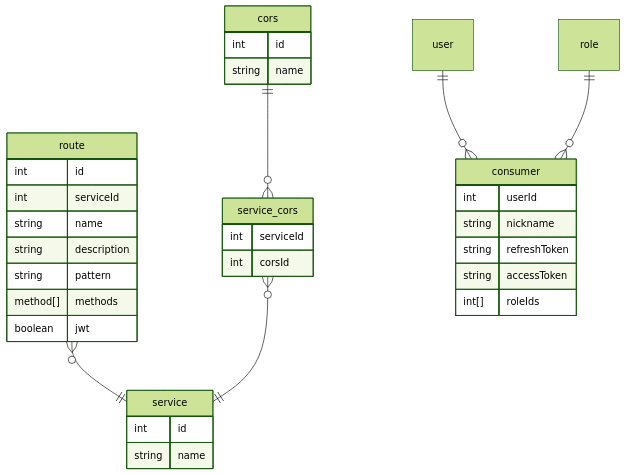
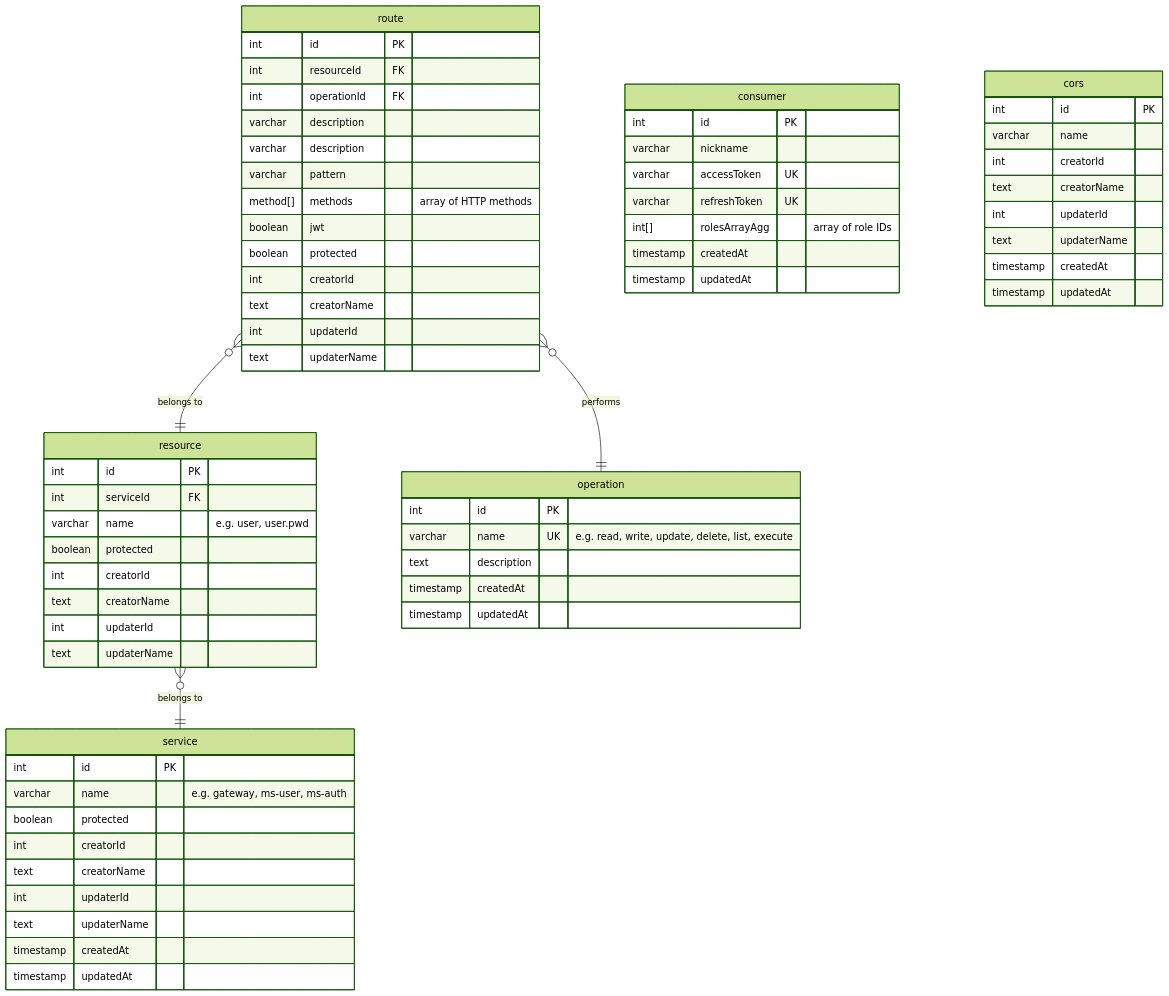
Before and after one commit to ALTEN-group/Gatelin: the diagram in doc/erd.md, drawn with Mermaid (forest theme). The commit also changed 20 other files, not shown here.

````diff
--- a/doc/erd.md
+++ b/doc/erd.md
@@ -3,50 +3,79 @@
 ```mermaid
 ---
 caption: Entity Relationship Diagram 
 ---
 
 erDiagram
   
-  route }o--|| service : ""
-  service_cors }o--|| service : ""
-  cors ||--o{ service_cors : ""  
-  user ||--o{ consumer : ""
-  role ||--o{ consumer : ""
+  route }o--|| resource : "belongs to"
+  resource }o--|| service : "belongs to"
+  route }o--|| operation : "performs"
+  consumer {
+    int id PK
+    varchar nickname
+    varchar accessToken UK
+    varchar refreshToken UK
+    int[] rolesArrayAgg "array of role IDs"
+    timestamp createdAt
+    timestamp updatedAt
+  }
 
   service {
-    int id
-    string name
+    int id PK
+    varchar name "e.g. gateway, ms-user, ms-auth"
+    boolean protected
+    int creatorId
+    text creatorName
+    int updaterId
+    text updaterName
+    timestamp createdAt
+    timestamp updatedAt
   }
 
   cors {
-    int id
-    string name
+    int id PK
+    varchar name
+    int creatorId
+    text creatorName
+    int updaterId
+    text updaterName
+    timestamp createdAt
+    timestamp updatedAt
   }
 
-  service_cors {
-    int serviceId
-    int corsId
+  resource {
+    int id PK
+    int serviceId FK
+    varchar name "e.g. user, user.pwd"
+    boolean protected
+    int creatorId
+    text creatorName
+    int updaterId
+    text updaterName
   }
 
   route {
-    int id
-    int serviceId
-    string name
-    string description
-    string pattern
-    method[] methods
+    int id PK
+    int resourceId FK
+    int operationId FK
+    varchar description
+    varchar description
+    varchar pattern
+    method[] methods "array of HTTP methods"
     boolean jwt
+    boolean protected
+    int creatorId
+    text creatorName
+    int updaterId
+    text updaterName
   }
 
-  consumer {
-    int userId
-    string nickname
-    string refreshToken
-    string accessToken
-    int[] roleIds
+  operation {
+    int id PK
+    varchar name UK "e.g. read, write, update, delete, list, execute"
+    text description
+    timestamp createdAt
+    timestamp updatedAt
   }
 
-  user {}
-  role {}
-
 ```
````
